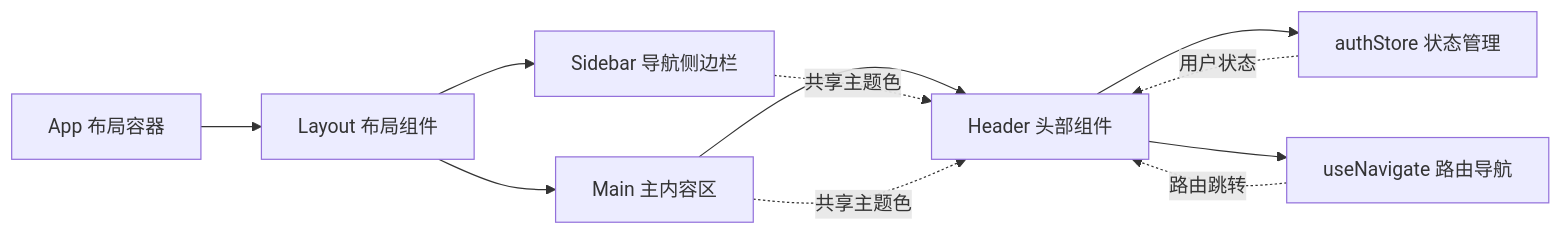
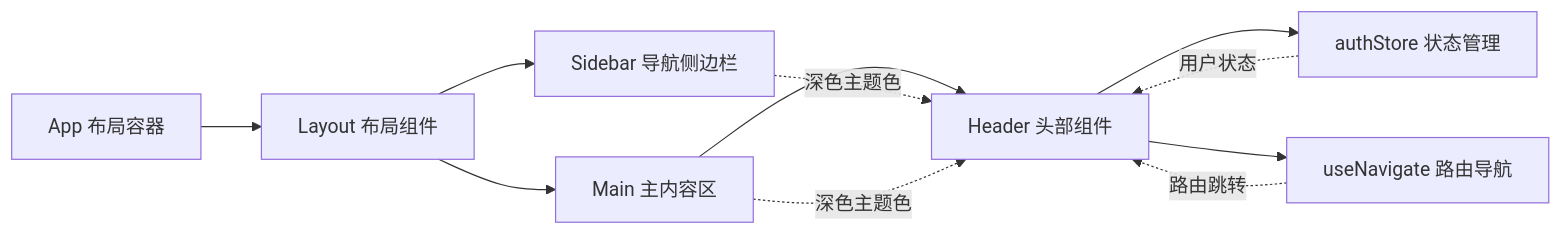
One commit to xianjianshenqu/SalesFlow-CRM changed the fifth of 7 diagrams in .qoder/repowiki/zh/content/核心组件/头部组件 (Header).md. Above: the diagram before and after it, drawn with Mermaid. The commit also changed other lines of this file and 9 other files, not shown here.

````diff
--- a/.qoder/repowiki/zh/content/核心组件/头部组件 (Header).md
+++ b/.qoder/repowiki/zh/content/核心组件/头部组件 (Header).md
@@ -189,13 +188,13 @@
 ```mermaid
 graph LR
 APP["App 布局容器"] --> LYT["Layout 布局组件"]
 LYT --> SB["Sidebar 导航侧边栏"]
 LYT --> MR["Main 主内容区"]
 MR --> HD["Header 头部组件"]
 HD --> AS["authStore 状态管理"]
 HD --> NAV["useNavigate 路由导航"]
-SB -.->|"共享主题色"| HD
-MR -.->|"共享主题色"| HD
+SB -.->|"深色主题色"| HD
+MR -.->|"深色主题色"| HD
 AS -.->|"用户状态"| HD
 NAV -.->|"路由跳转"| HD
 ```
````
